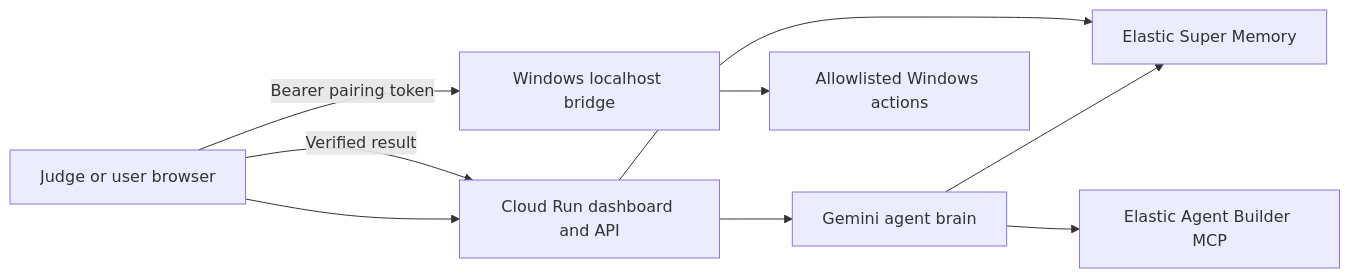
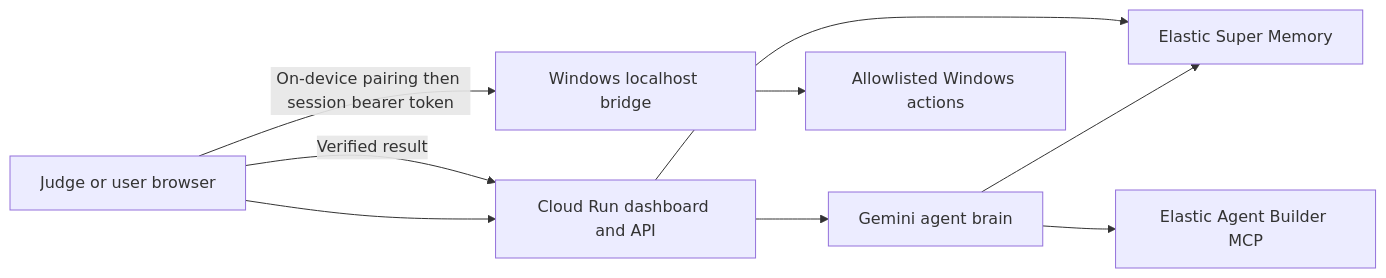
The diagram in ARCHITECTURE.md (UnknownGod2011/keyboard.wtf.2), drawn with Mermaid before and after one commit. The commit also changed other lines of this file and 19 other files, not shown here.

````diff
--- a/ARCHITECTURE.md
+++ b/ARCHITECTURE.md
@@ -3,19 +3,19 @@
 ```mermaid
 flowchart LR
   U["Judge or user browser"]
   C["Cloud Run dashboard and API"]
   G["Gemini agent brain"]
   E["Elastic Super Memory"]
   M["Elastic Agent Builder MCP"]
   B["Windows localhost bridge"]
   A["Allowlisted Windows actions"]
 
   U --> C
   C --> G
   G --> E
   G --> M
-  U -->|"Bearer pairing token"| B
+  U -->|"On-device pairing then session bearer token"| B
   B --> A
   U -->|"Verified result"| C
   C --> E
 ```
````
